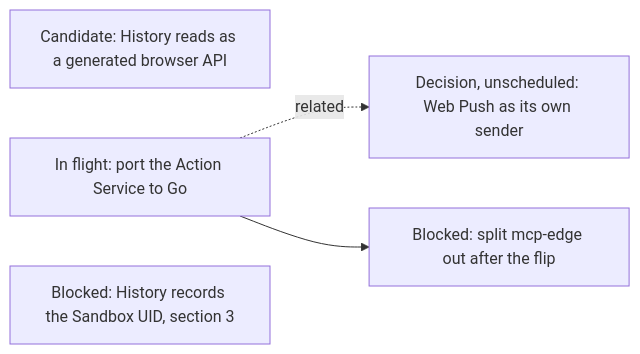
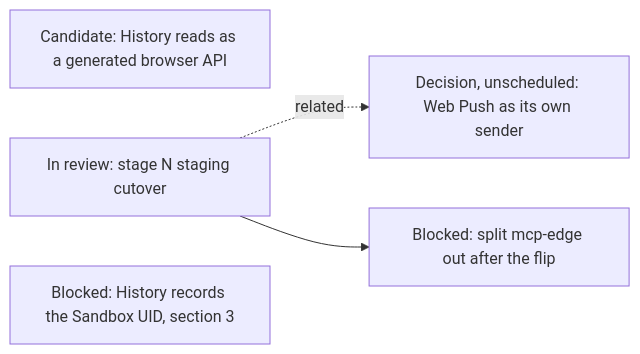
One commit to agentydragon-agent/ducktape changed diagram 17 of 19 in agentplane/plans/task_dag.md. Above: the diagram before and after it, drawn with Mermaid. The commit also changed other lines of this file and 7 other files, not shown here.

````diff
--- a/agentplane/plans/task_dag.md
+++ b/agentplane/plans/task_dag.md
@@ -1803,9 +1803,9 @@
 ```mermaid
 flowchart LR
     HISTORY_READS_FACADE[Candidate: History reads as a generated browser API]
-    ACTION_SERVICE_GO_PORT[In flight: port the Action Service to Go]
+    ACTION_SERVICE_GO_PORT[In review: stage N staging cutover]
     WEB_PUSH_SERVICE[Decision, unscheduled: Web Push as its own sender]
     HISTORY_SANDBOX_UID[Blocked: History records the Sandbox UID, section 3]
     ACTION_SERVICE_GO_PORT -. related .-> WEB_PUSH_SERVICE
     ACTION_SERVICE_GO_PORT --> ACTION_MCP_EDGE_SPLIT[Blocked: split mcp-edge out after the flip]
 ```
````
